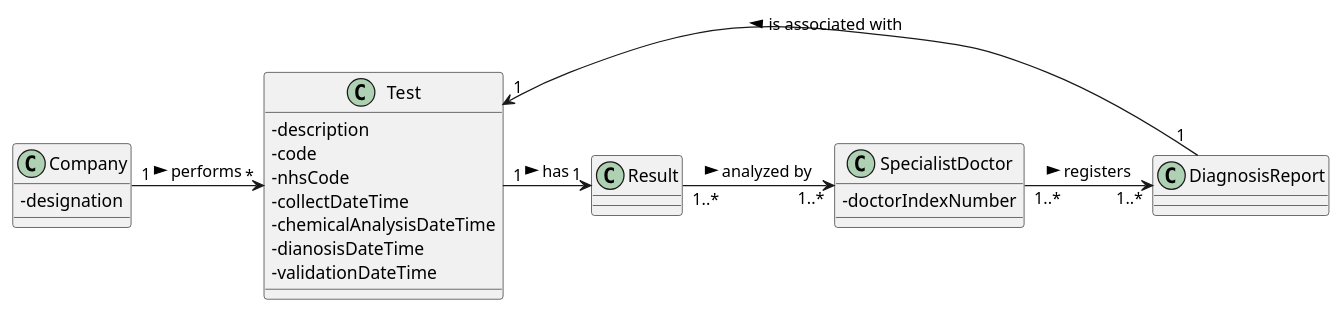
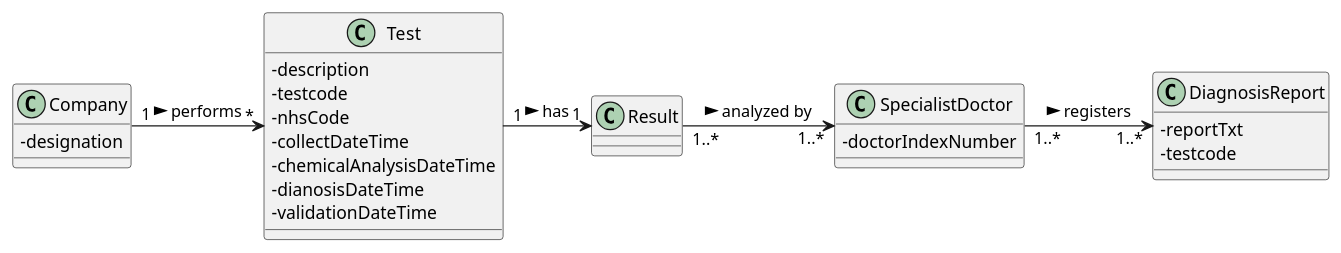
One commit to 0franciscor/lei-21-s2-1de-g19 changed the diagram in docs/SprintC/US14/US14_MD.puml. Above: the diagram before and after it, drawn with PlantUML. The commit also changed 8 other files, not shown here.

```diff
--- a/docs/SprintC/US14/US14_MD.puml
+++ b/docs/SprintC/US14/US14_MD.puml
@@ -1,29 +1,32 @@
 @startuml
 skinparam classAttributeIconSize 0
 class "Company" {
   -designation
   }
 class "Test" {
   -description
-  -code
+  -testcode
   -nhsCode
   -collectDateTime
   -chemicalAnalysisDateTime
   -dianosisDateTime
   -validationDateTime
   }
 class "Result"
 class "SpecialistDoctor" {
   -doctorIndexNumber
   }
-class "DiagnosisReport"
+class "DiagnosisReport" {
+ -reportTxt
+ -testcode
+  }
 
 
 
 "Company" "1" -> "*" "Test" : > performs
 "Test" "1" -> "1" "Result" : > has
 "Result" "1..*" -> "1..*" "SpecialistDoctor" : > analyzed by
 "SpecialistDoctor" "1..*" -> "1..*" "DiagnosisReport"  : > registers
-"DiagnosisReport" "1" -> "1" "Test" : > is associated with
+
 
 @enduml
```
